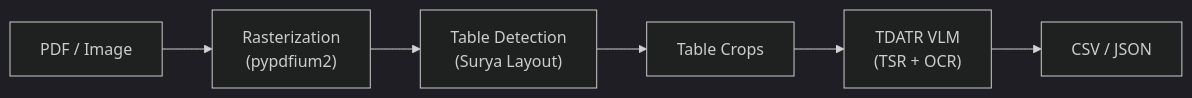
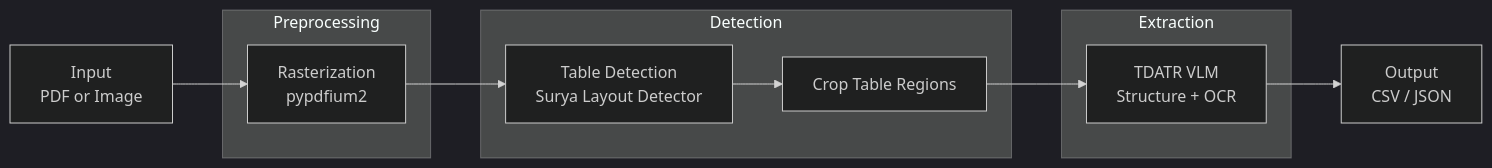
The diagram in README.md (Philodoescode/STP26-Table-Extraction-Machathon-7), drawn with Mermaid (dark theme) before and after one commit. The commit also changed 2 other files, not shown here.

Commit message:
docs: enhance README with detailed flowchart for processing stages

````diff
--- a/README.md
+++ b/README.md
@@ -61,8 +61,21 @@
 ```mermaid
 flowchart LR
-    A["PDF / Image"] --> B["Rasterization\n(pypdfium2)"]
-    B --> C["Table Detection\n(Surya Layout)"]
-    C --> D["Table Crops"]
-    D --> E["TDATR VLM\n(TSR + OCR)"]
-    E --> F["CSV / JSON"]
+    I["Input<br/>PDF or Image"]
+
+    subgraph P["Preprocessing"]
+        R["Rasterization<br/>pypdfium2"]
+    end
+
+    subgraph D["Detection"]
+        T["Table Detection<br/>Surya Layout Detector"]
+        C["Crop Table Regions"]
+    end
+
+    subgraph X["Extraction"]
+        V["TDATR VLM<br/>Structure + OCR"]
+    end
+
+    O["Output<br/>CSV / JSON"]
+
+    I --> R --> T --> C --> V --> O
 ```
````
